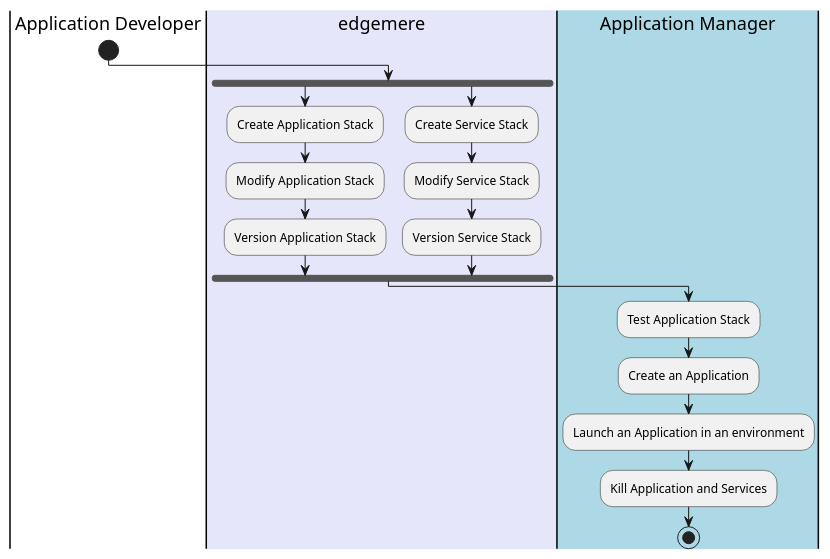
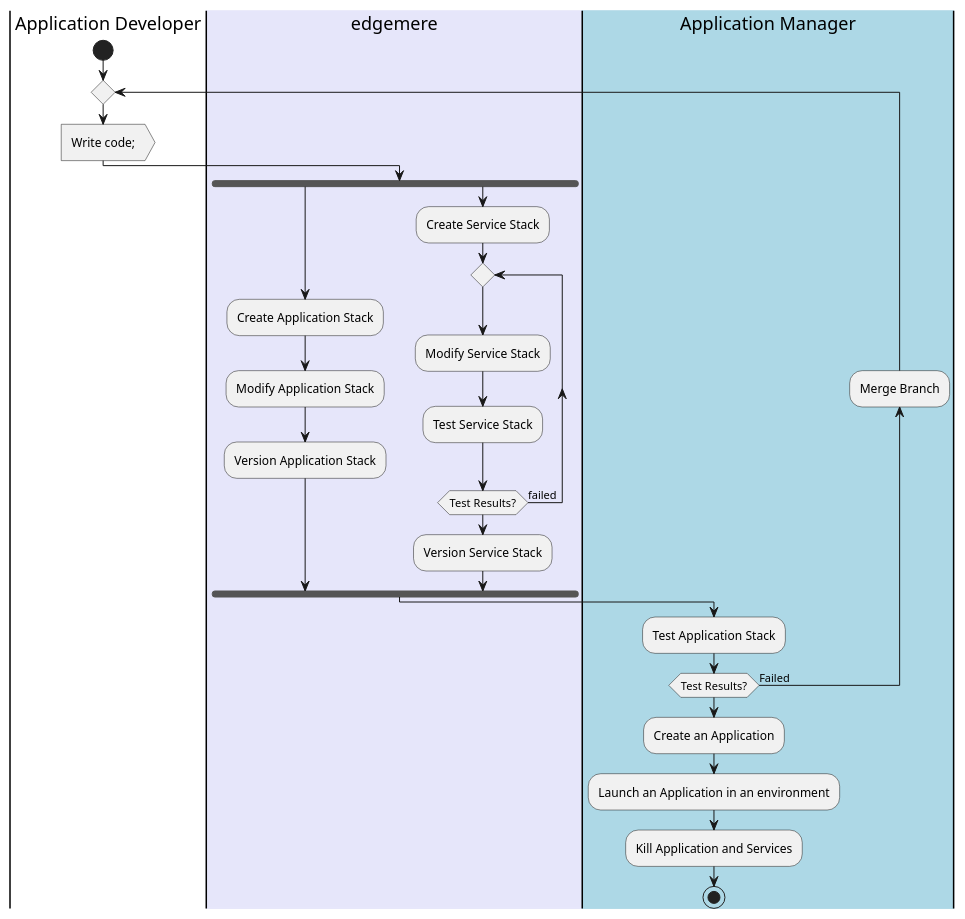
Before and after one commit to madajaju/edgemere: the diagram in actors/ApplicationDeveloper/doc/workflow.puml, drawn with PlantUML. The commit also changed 72 other files, not shown here.

Commit message:
Added preliminary workflows the architecture

```diff
--- a/actors/ApplicationDeveloper/doc/workflow.puml
+++ b/actors/ApplicationDeveloper/doc/workflow.puml
@@ -1,22 +1,30 @@
 @startuml
 
 |Application Developer|
 start
+repeat
+:Write code;>
 |#lavender|edgemere|
 fork
 :Create Application Stack;
 :Modify Application Stack;
 :Version Application Stack;
 fork again
 :Create Service Stack;
+repeat
 :Modify Service Stack;
+:Test Service Stack;
+repeat while(Test Results?) is (failed)
 :Version Service Stack;
 fork end
 |#lightblue|Application Manager|
 :Test Application Stack;
+backward:Check Out Code;
+backward:Merge Branch;
+repeat while(Test Results?) is (Failed)
 :Create an Application;
 :Launch an Application in an environment;
 :Kill Application and Services;
 stop
 
 @enduml
```
